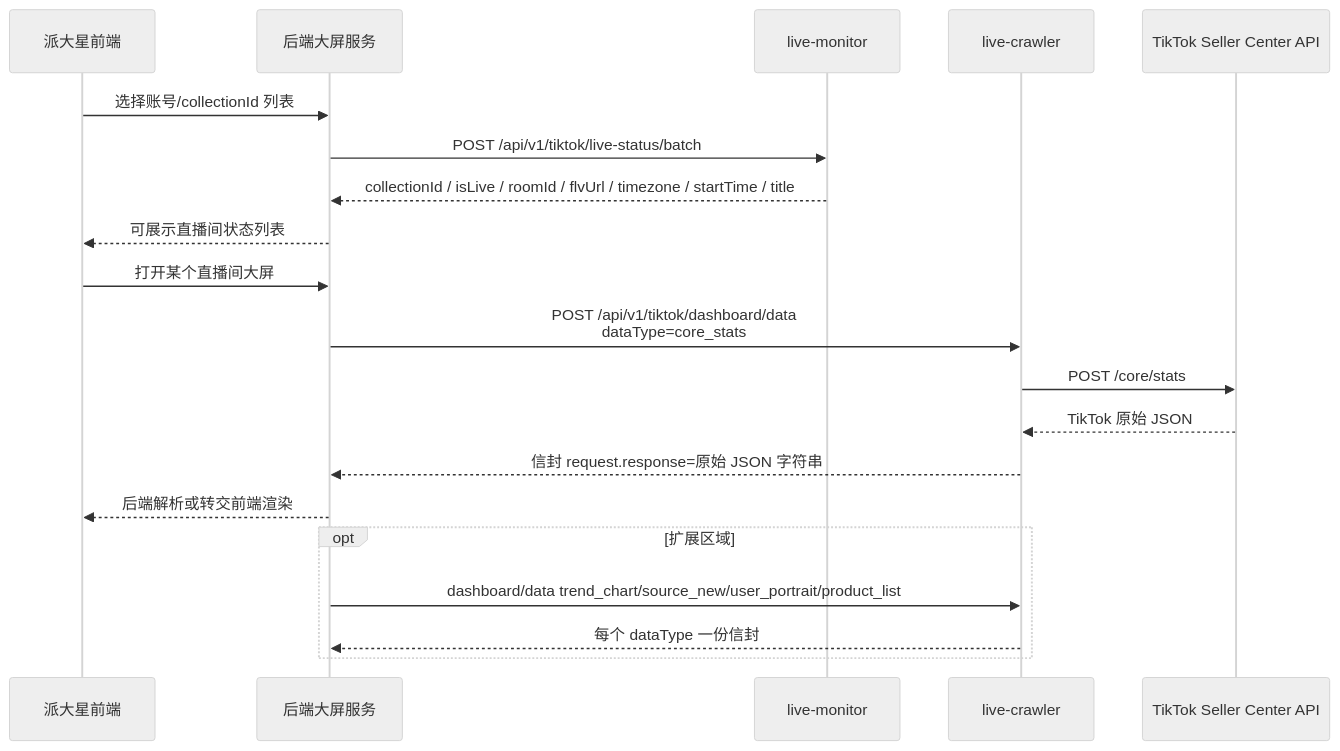
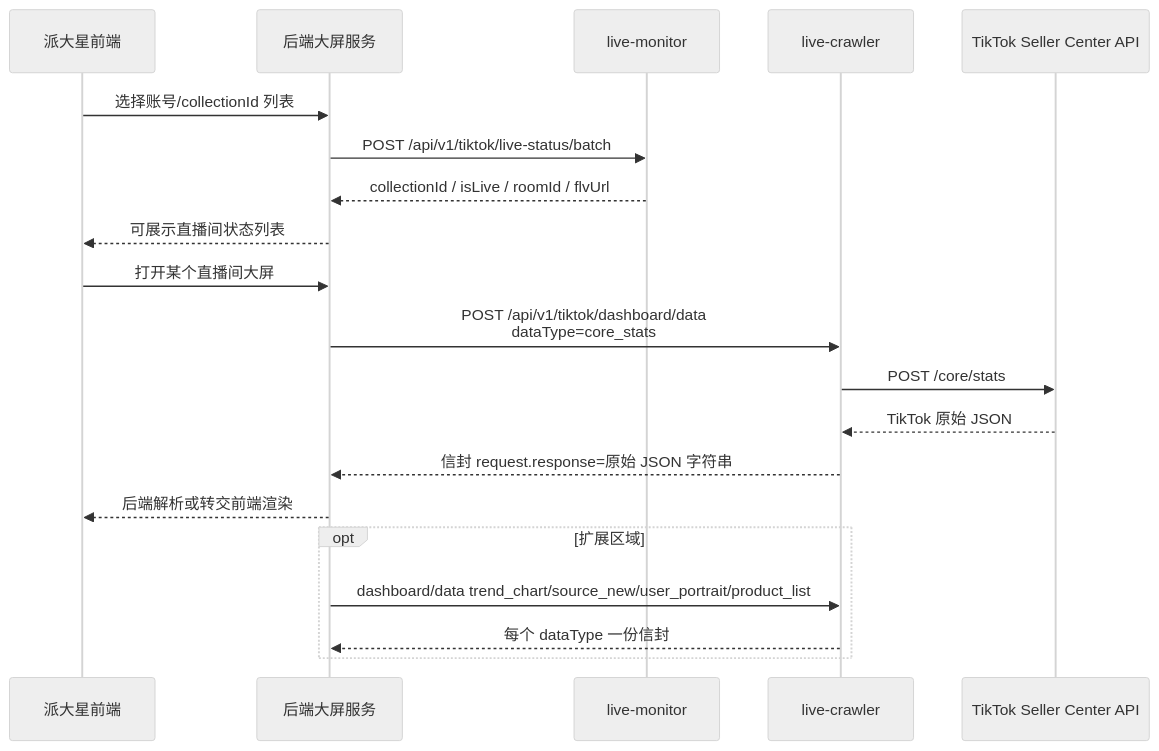
The second of 3 diagrams in docs/research/tiktok-live-dashboard-apis/feishu-dashboard-api-doc.md (Tec-Do-bw/live-platform), drawn with Mermaid (neutral theme) before and after one commit. The commit also changed other lines of this file and 7 other files, not shown here.

````diff
--- a/docs/research/tiktok-live-dashboard-apis/feishu-dashboard-api-doc.md
+++ b/docs/research/tiktok-live-dashboard-apis/feishu-dashboard-api-doc.md
@@ -90,25 +90,25 @@
 ```mermaid
 sequenceDiagram
   participant FE as 派大星前端
   participant BE as 后端大屏服务
   participant LM as live-monitor
   participant LC as live-crawler
   participant TK as TikTok Seller Center API
 
   FE->>BE: 选择账号/collectionId 列表
   BE->>LM: POST /api/v1/tiktok/live-status/batch
-  LM-->>BE: collectionId / isLive / roomId / flvUrl / timezone / startTime / title
+  LM-->>BE: collectionId / isLive / roomId / flvUrl
   BE-->>FE: 可展示直播间状态列表
 
   FE->>BE: 打开某个直播间大屏
   BE->>LC: POST /api/v1/tiktok/dashboard/data<br/>dataType=core_stats
   LC->>TK: POST /core/stats
   TK-->>LC: TikTok 原始 JSON
   LC-->>BE: 信封 request.response=原始 JSON 字符串
   BE-->>FE: 后端解析或转交前端渲染
 
   opt 扩展区域
     BE->>LC: dashboard/data trend_chart/source_new/user_portrait/product_list
     LC-->>BE: 每个 dataType 一份信封
   end
 ```
````
